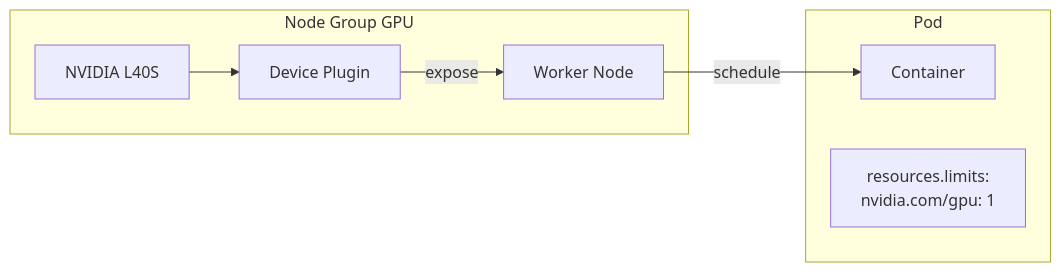
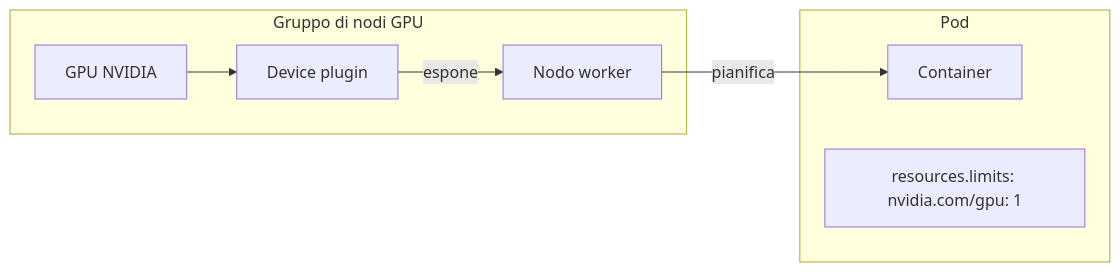
Before and after one commit to HidoraSwiss/hikube-public-doc: the second of 2 diagrams in i18n/it/docusaurus-plugin-content-docs/current/services/gpu/concepts.md, drawn with Mermaid. The commit also changed other lines of this file and 148 other files, not shown here.

````diff
--- a/i18n/it/docusaurus-plugin-content-docs/current/services/gpu/concepts.md
+++ b/i18n/it/docusaurus-plugin-content-docs/current/services/gpu/concepts.md
@@ -102,17 +91,17 @@
 ```mermaid
 graph LR
-    subgraph "Node Group GPU"
-        N1[Worker Node]
-        GPU[NVIDIA L40S]
-        DP[Device Plugin]
+    subgraph "Gruppo di nodi GPU"
+        N1[Nodo worker]
+        GPU[GPU NVIDIA]
+        DP[Device plugin]
     end
 
     subgraph "Pod"
         C[Container]
-        RL[resources.limits:<br/>nvidia.com/gpu: 1]
+        RL["resources.limits: nvidia.com/gpu: 1"]
     end
 
     GPU --> DP
-    DP -->|expose| N1
-    N1 -->|schedule| C
+    DP -->|espone| N1
+    N1 -->|pianifica| C
 ```
````
